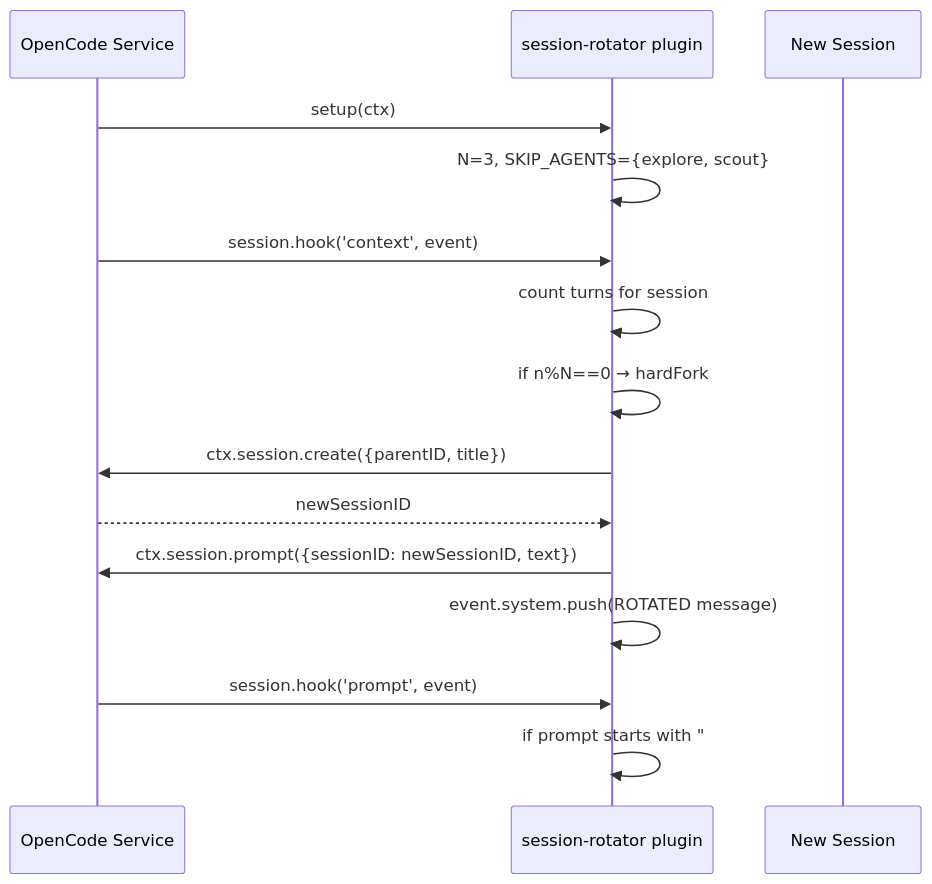
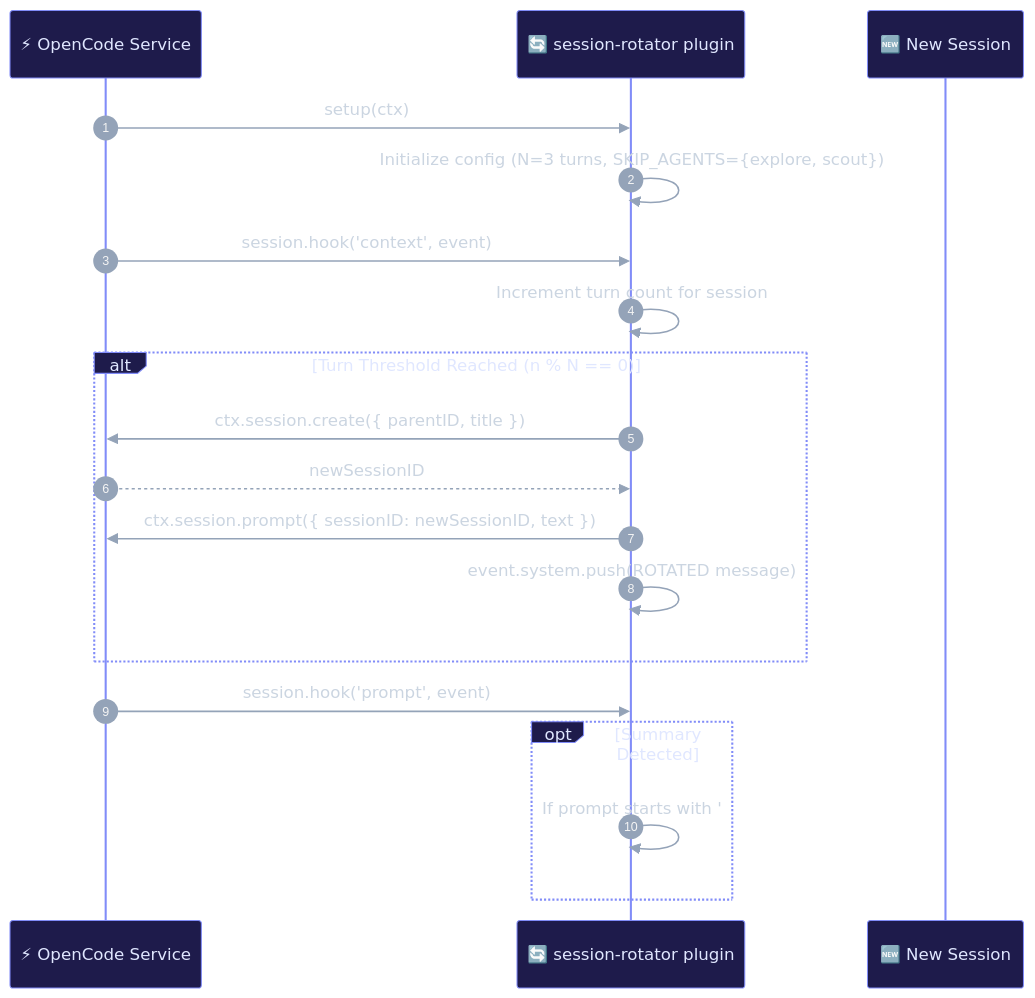
Before and after one commit to netplug-me/urban-octo-nerd: diagram 18 of 21 in opencode-v2-internal-flowcharts.md, drawn with Mermaid. The commit also changed other lines of this file, not shown here.

````diff
--- a/opencode-v2-internal-flowcharts.md
+++ b/opencode-v2-internal-flowcharts.md
@@ -583,22 +678,25 @@
 ```mermaid
+%%{init: {'theme': 'base', 'themeVariables': { 'fontFamily': 'Fira Code, monospace', 'fontSize': '12px', 'darkMode': true, 'actorBkg': '#1e1b4b', 'actorBorder': '#818cf8', 'actorTextColor': '#e0e7ff', 'signalColor': '#94a3b8', 'signalTextColor': '#cbd5e1', 'noteBkgColor': '#1e293b', 'noteTextColor': '#38bdf8', 'noteBorderColor': '#0284c7'}}}%%
 sequenceDiagram
-    participant OC as OpenCode Service
-    participant SR as session-rotator plugin
-    participant N as New Session
+    autonumber
+    participant OC as ⚡ OpenCode Service
+    participant SR as 🔄 session-rotator plugin
+    participant N as 🆕 New Session
 
     OC->>SR: setup(ctx)
-    SR->>SR: N=3, SKIP_AGENTS={explore, scout}
+    SR->>SR: Initialize config (N=3 turns, SKIP_AGENTS={explore, scout})
 
     OC->>SR: session.hook('context', event)
-    SR->>SR: count turns for session
-    SR->>SR: if n%N==0 → hardFork
-
-    SR->>OC: ctx.session.create({parentID, title})
-    OC-->>SR: newSessionID
-
-    SR->>OC: ctx.session.prompt({sessionID: newSessionID, text})
-    SR->>SR: event.system.push(ROTATED message)
+    SR->>SR: Increment turn count for session
+    alt Turn Threshold Reached (n % N == 0)
+        SR->>OC: ctx.session.create({ parentID, title })
+        OC-->>SR: newSessionID
+        SR->>OC: ctx.session.prompt({ sessionID: newSessionID, text })
+        SR->>SR: event.system.push(ROTATED message)
+    end
 
     OC->>SR: session.hook('prompt', event)
-    SR->>SR: if prompt starts with "## Session Summary" → reset count to 0
+    opt Summary Detected
+        SR->>SR: If prompt starts with '## Session Summary' → reset count to 0
+    end
 ```
````
